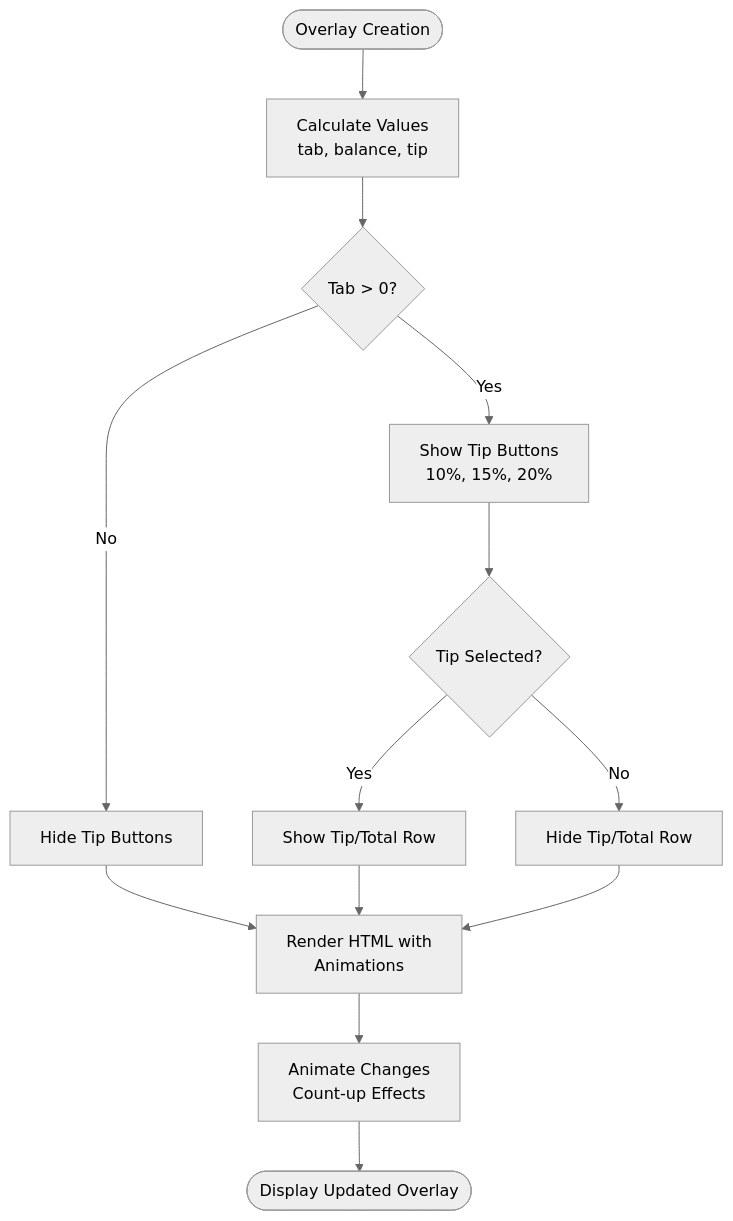
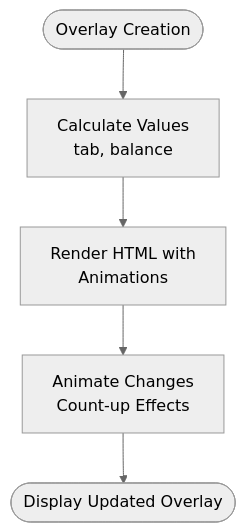
One commit to MOK-5-ha/MayaMCP changed the fourth of 7 diagrams in .qoder/repowiki/en/content/Payment Processing System/Tab Management System.md. Above: the diagram before and after it, drawn with Mermaid (neutral theme). The commit also changed other lines of this file and 27 other files, not shown here.

````diff
--- a/.qoder/repowiki/en/content/Payment Processing System/Tab Management System.md
+++ b/.qoder/repowiki/en/content/Payment Processing System/Tab Management System.md
@@ -231,15 +226,7 @@
 ```mermaid
 flowchart TD
-Start([Overlay Creation]) --> CalcValues["Calculate Values<br/>tab, balance, tip"]
-CalcValues --> CheckTab{"Tab > 0?"}
-CheckTab --> |Yes| ShowButtons["Show Tip Buttons<br/>10%, 15%, 20%"]
-CheckTab --> |No| HideButtons["Hide Tip Buttons"]
-ShowButtons --> CheckTip{"Tip Selected?"}
-CheckTip --> |Yes| ShowTipRow["Show Tip/Total Row"]
-CheckTip --> |No| HideTipRow["Hide Tip/Total Row"]
-HideButtons --> RenderHTML["Render HTML with<br/>Animations"]
-ShowTipRow --> RenderHTML
-HideTipRow --> RenderHTML
+Start([Overlay Creation]) --> CalcValues["Calculate Values<br/>tab, balance"]
+CalcValues --> RenderHTML["Render HTML with<br/>Animations"]
 RenderHTML --> Animate["Animate Changes<br/>Count-up Effects"]
 Animate --> End([Display Updated Overlay])
 ```
````
